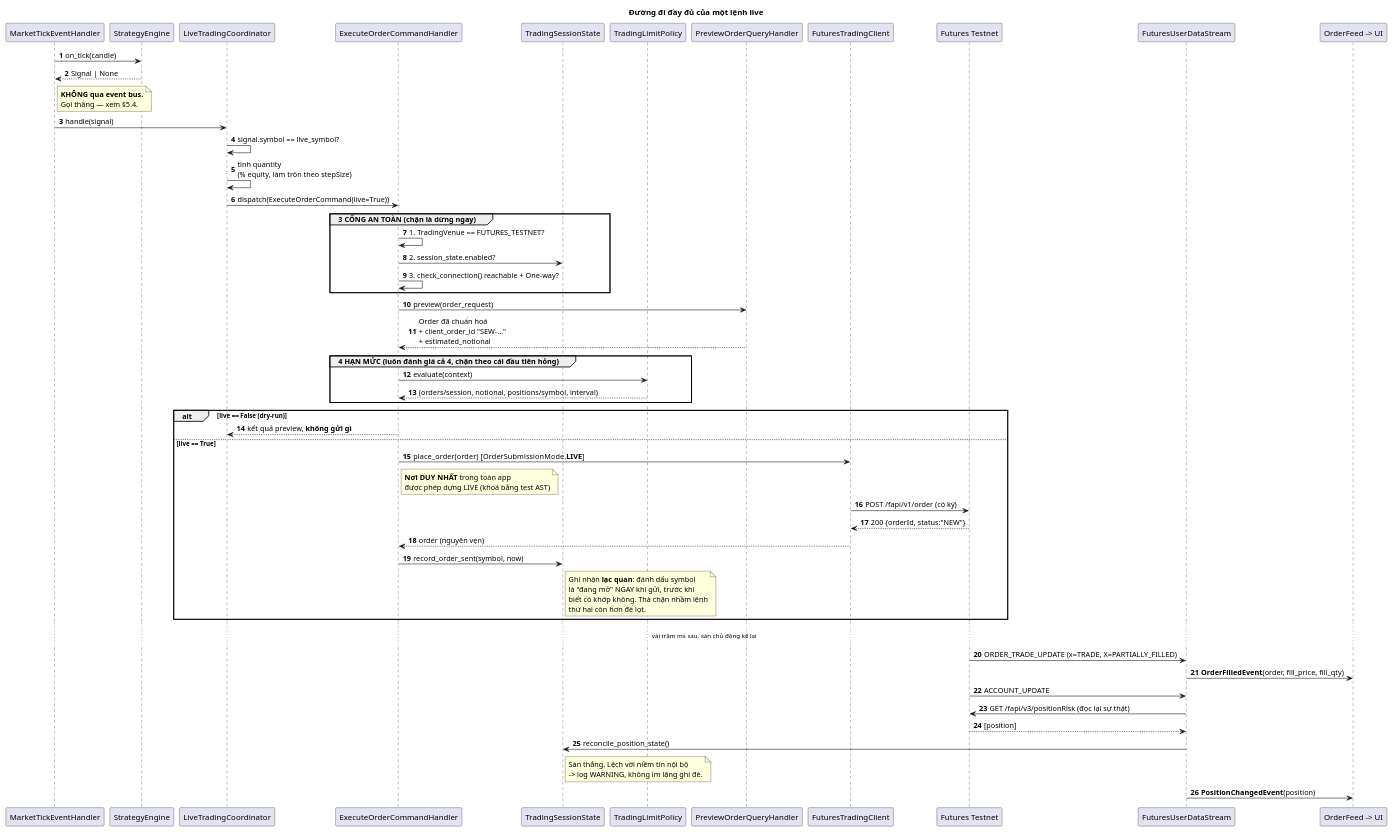
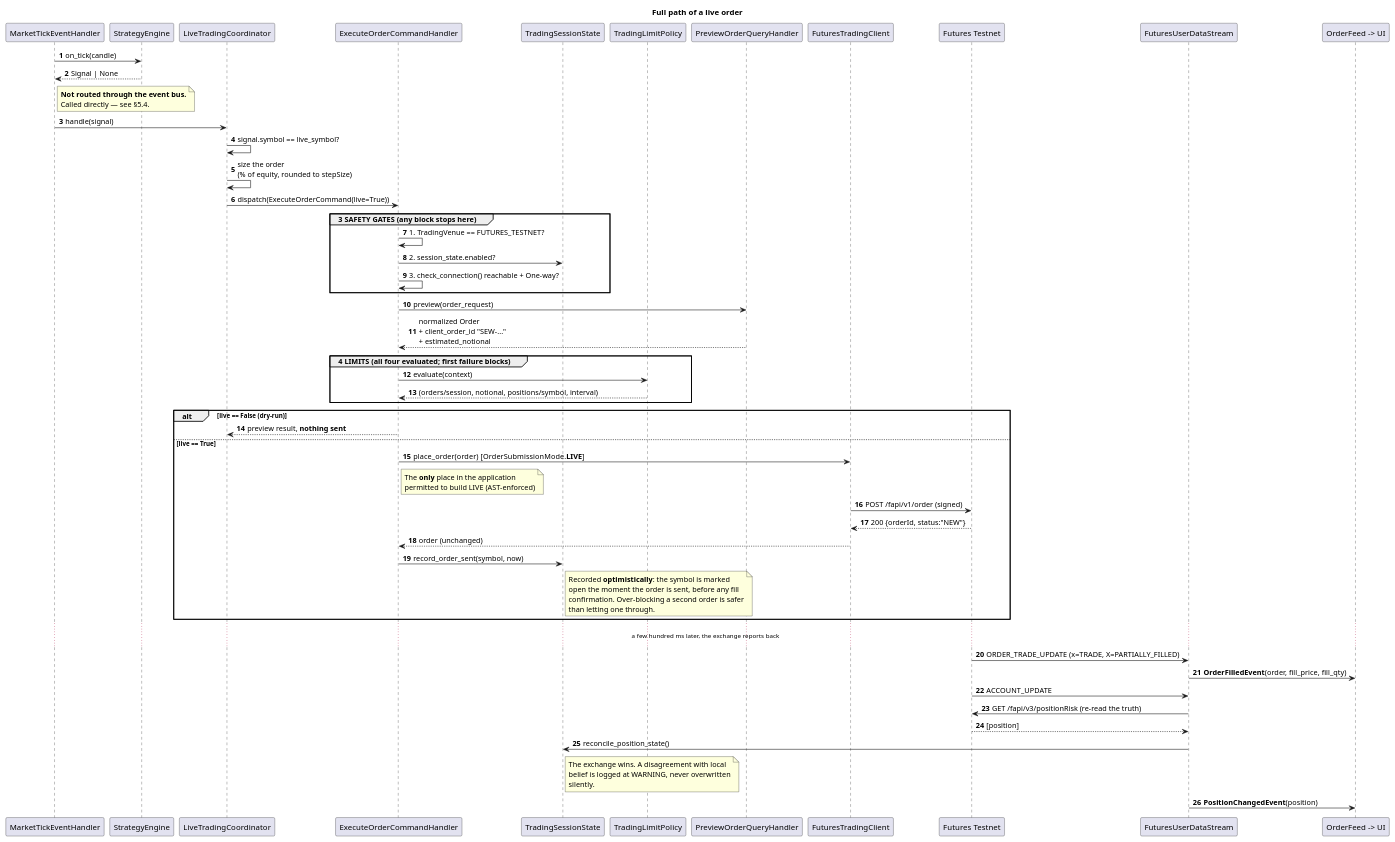
One commit to anhembedded/Sagittarius_Elite_Warrior changed the fifth of 10 diagrams in Tasks/epics/EPIC-021_ket_noi_binance_futures_testnet/KNOWLEDGE_TRANSFER_tu_0_den_hero.md. Above: the diagram before and after it, drawn with PlantUML. The commit also changed other lines of this file and 1 other file, not shown here.

````diff
--- a/Tasks/epics/EPIC-021_ket_noi_binance_futures_testnet/KNOWLEDGE_TRANSFER_tu_0_den_hero.md
+++ b/Tasks/epics/EPIC-021_ket_noi_binance_futures_testnet/KNOWLEDGE_TRANSFER_tu_0_den_hero.md
@@ -477,79 +472,80 @@
 ```plantuml
 @startuml KT05_order_path
-title Đường đi đầy đủ của một lệnh live
+title Full path of a live order
 
 autonumber
 participant "MarketTickEventHandler" as MTH
 participant "StrategyEngine" as SE
 participant "LiveTradingCoordinator" as LTC
 participant "ExecuteOrderCommandHandler" as EOH
 participant "TradingSessionState" as TSS
 participant "TradingLimitPolicy" as TLP
 participant "PreviewOrderQueryHandler" as POH
 participant "FuturesTradingClient" as FTC
 participant "Futures Testnet" as EX
 participant "FuturesUserDataStream" as FUDS
 participant "OrderFeed -> UI" as UI
 
 MTH -> SE : on_tick(candle)
 SE --> MTH : Signal | None
 note right of MTH
-  **KHÔNG qua event bus.**
-  Gọi thẳng — xem §5.4.
+  **Not routed through the event bus.**
+  Called directly — see §5.4.
 end note
 
 MTH -> LTC : handle(signal)
 LTC -> LTC : signal.symbol == live_symbol?
-LTC -> LTC : tính quantity\n(% equity, làm tròn theo stepSize)
+LTC -> LTC : size the order\n(% of equity, rounded to stepSize)
 LTC -> EOH : dispatch(ExecuteOrderCommand(live=True))
 
-group **3 CỔNG AN TOÀN** (chặn là dừng ngay)
+group **3 SAFETY GATES** (any block stops here)
   EOH -> EOH : 1. TradingVenue == FUTURES_TESTNET?
   EOH -> TSS : 2. session_state.enabled?
   EOH -> EOH : 3. check_connection() reachable + One-way?
 end
 
 EOH -> POH : preview(order_request)
-POH --> EOH : Order đã chuẩn hoá\n+ client_order_id "SEW-..."\n+ estimated_notional
+POH --> EOH : normalized Order\n+ client_order_id "SEW-..."\n+ estimated_notional
 
-group **4 HẠN MỨC** (luôn đánh giá cả 4, chặn theo cái đầu tiên hỏng)
+group **4 LIMITS** (all four evaluated; first failure blocks)
   EOH -> TLP : evaluate(context)
   TLP --> EOH : (orders/session, notional, positions/symbol, interval)
 end
 
 alt live == False (dry-run)
-  EOH --> LTC : kết quả preview, **không gửi gì**
+  EOH --> LTC : preview result, **nothing sent**
 else live == True
   EOH -> FTC : place_order(order)   [OrderSubmissionMode.**LIVE**]
   note right of EOH
-    **Nơi DUY NHẤT** trong toàn app
-    được phép dựng LIVE (khoá bằng test AST)
+    The **only** place in the application
+    permitted to build LIVE (AST-enforced)
   end note
-  FTC -> EX : POST /fapi/v1/order (có ký)
+  FTC -> EX : POST /fapi/v1/order (signed)
   EX --> FTC : 200 {orderId, status:"NEW"}
-  FTC --> EOH : order (nguyên vẹn)
+  FTC --> EOH : order (unchanged)
   EOH -> TSS : record_order_sent(symbol, now)
   note right of TSS
-    Ghi nhận **lạc quan**: đánh dấu symbol
-    là "đang mở" NGAY khi gửi, trước khi
-    biết có khớp không. Thà chặn nhầm lệnh
-    thứ hai còn hơn để lọt.
+    Recorded **optimistically**: the symbol is marked
+    open the moment the order is sent, before any fill
+    confirmation. Over-blocking a second order is safer
+    than letting one through.
   end note
 end
 
-... vài trăm ms sau, sàn chủ động kể lại ...
+... a few hundred ms later, the exchange reports back ...
 
 EX -> FUDS : ORDER_TRADE_UPDATE (x=TRADE, X=PARTIALLY_FILLED)
 FUDS -> UI : **OrderFilledEvent**(order, fill_price, fill_qty)
 EX -> FUDS : ACCOUNT_UPDATE
-FUDS -> EX : GET /fapi/v3/positionRisk (đọc lại sự thật)
+FUDS -> EX : GET /fapi/v3/positionRisk (re-read the truth)
 EX --> FUDS : [position]
 FUDS -> TSS : reconcile_position_state()
 note right of TSS
-  Sàn thắng. Lệch với niềm tin nội bộ
-  -> log WARNING, không im lặng ghi đè.
+  The exchange wins. A disagreement with local
+  belief is logged at WARNING, never overwritten
+  silently.
 end note
 FUDS -> UI : **PositionChangedEvent**(position)
 
 @enduml
 ```
````
